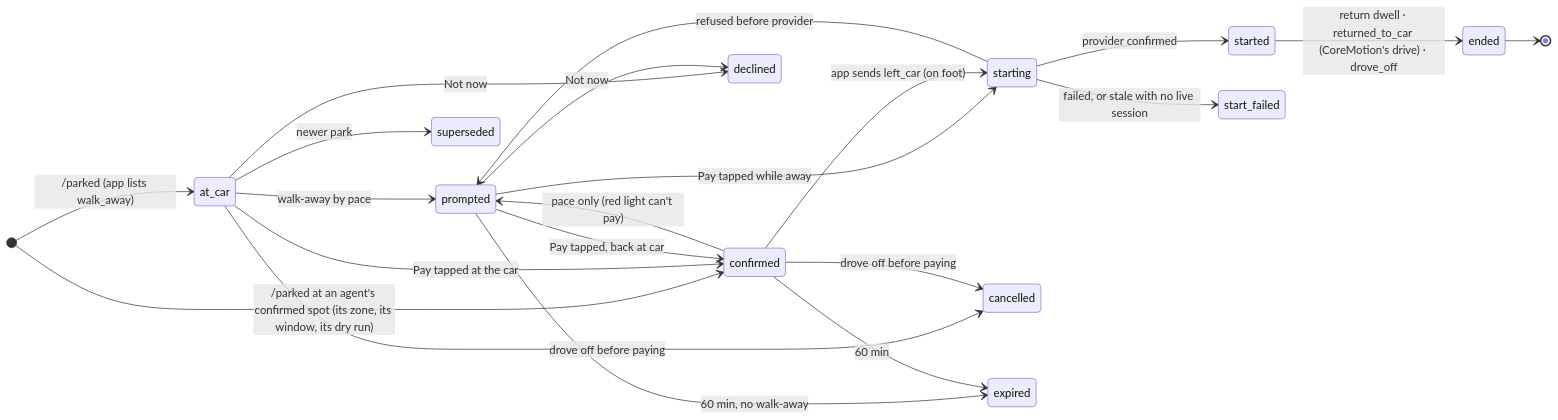
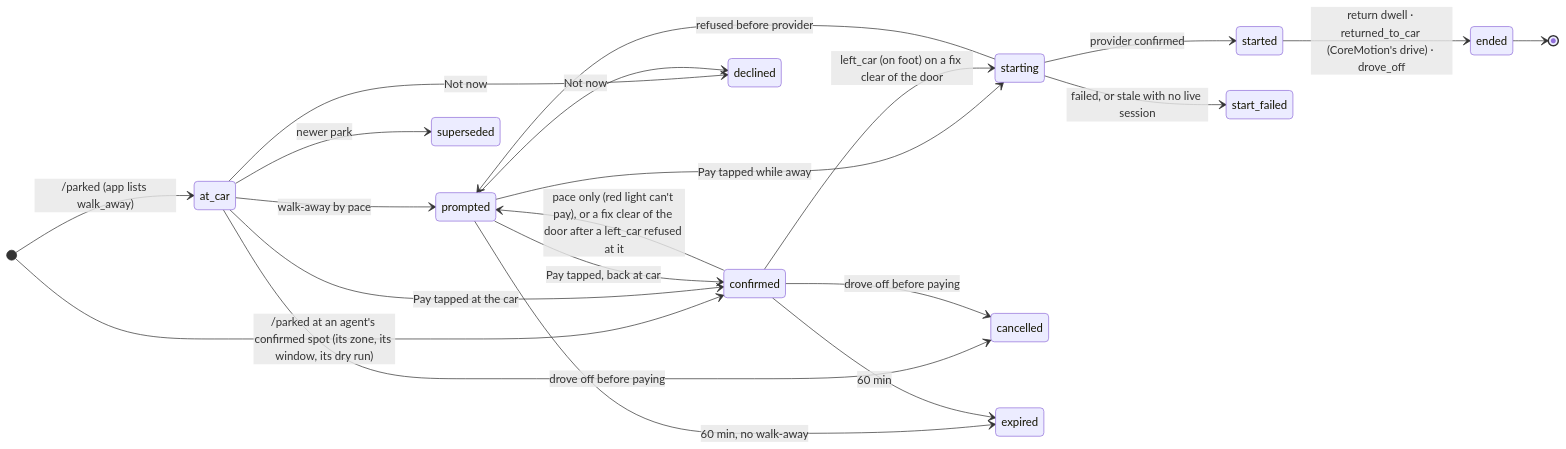
One commit to thomasbardhi01/parkagent changed the second of 4 diagrams in docs/architecture.md. Above: the diagram before and after it, drawn with Mermaid. The commit also changed 19 other files, not shown here.

First line of the commit message:
A left_car on a fix that may have the phone at the car's door is no walk-away, however blurry (#264) (#287)

````diff
--- a/docs/architecture.md
+++ b/docs/architecture.md
@@ -104,24 +104,24 @@
 ```mermaid
 stateDiagram-v2
   direction LR
   [*] --> at_car: /parked (app lists walk_away)
   [*] --> confirmed: /parked at an agent's confirmed spot (its zone, its window, its dry run)
   at_car --> prompted: walk-away by pace
   at_car --> confirmed: Pay tapped at the car
   prompted --> confirmed: Pay tapped, back at car
   prompted --> starting: Pay tapped while away
-  confirmed --> starting: app sends left_car (on foot)
-  confirmed --> prompted: pace only (red light can't pay)
+  confirmed --> starting: left_car (on foot) on a fix clear of the door
+  confirmed --> prompted: pace only (red light can't pay), or a fix clear of the door after a left_car refused at it
   starting --> started: provider confirmed
   starting --> start_failed: failed, or stale with no live session
   starting --> prompted: refused before provider
   started --> ended: return dwell · returned_to_car (CoreMotion's drive) · drove_off
   at_car --> declined: Not now
   prompted --> declined: Not now
   at_car --> cancelled: drove off before paying
   confirmed --> cancelled: drove off before paying
   at_car --> superseded: newer park
   prompted --> expired: 60 min, no walk-away
   confirmed --> expired: 60 min
   ended --> [*]
 ```
````
